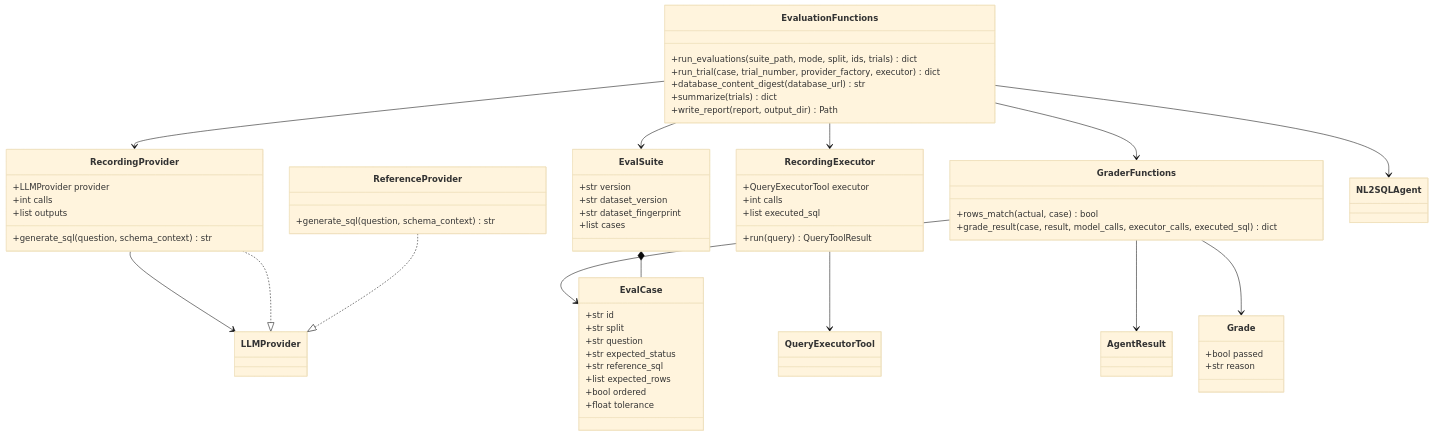
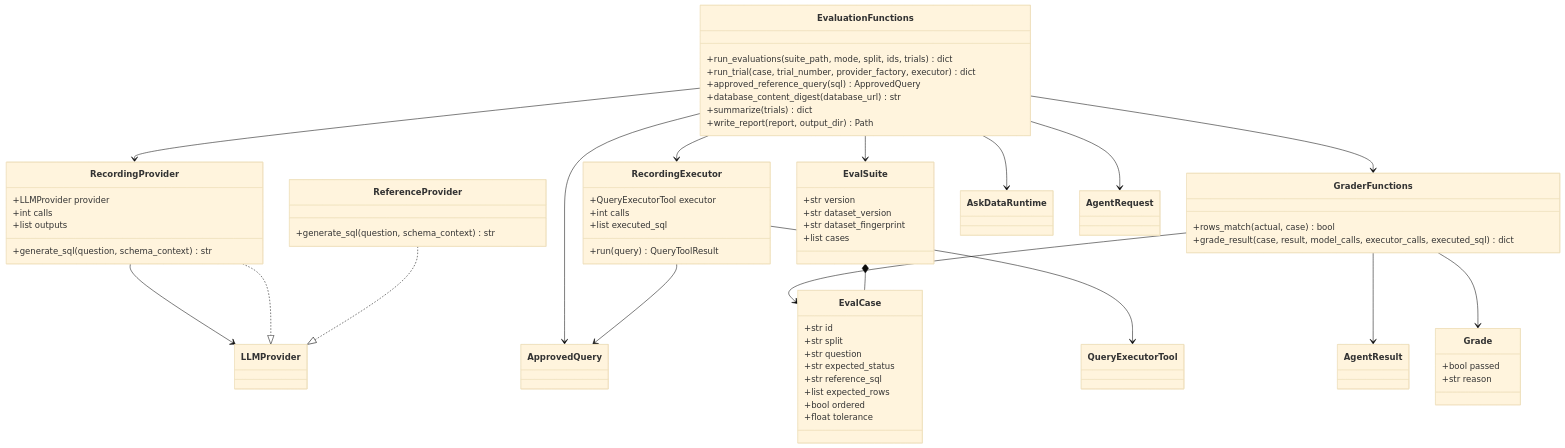
One commit to arpan-artisan/QueryForge changed the seventh of 8 diagrams in docs/architecture-diagrams.md. Above: the diagram before and after it, drawn with Mermaid (base theme). The commit also changed other lines of this file and 28 other files, not shown here.

Commit message:
Stabilize Ask Data workflow architecture

````diff
--- a/docs/architecture-diagrams.md
+++ b/docs/architecture-diagrams.md
@@ -488,62 +582,66 @@
 ```mermaid
 classDiagram
     class EvalSuite {
         +str version
         +str dataset_version
         +str dataset_fingerprint
         +list cases
     }
     class EvalCase {
         +str id
         +str split
         +str question
         +str expected_status
         +str reference_sql
         +list expected_rows
         +bool ordered
         +float tolerance
     }
     class Grade {
         +bool passed
         +str reason
     }
     class ReferenceProvider {
         +generate_sql(question, schema_context) str
     }
     class RecordingProvider {
         +LLMProvider provider
         +int calls
         +list outputs
         +generate_sql(question, schema_context) str
     }
     class RecordingExecutor {
         +QueryExecutorTool executor
         +int calls
         +list executed_sql
         +run(query) QueryToolResult
     }
     class EvaluationFunctions {
         +run_evaluations(suite_path, mode, split, ids, trials) dict
         +run_trial(case, trial_number, provider_factory, executor) dict
+        +approved_reference_query(sql) ApprovedQuery
         +database_content_digest(database_url) str
         +summarize(trials) dict
         +write_report(report, output_dir) Path
     }
     class GraderFunctions {
         +rows_match(actual, case) bool
         +grade_result(case, result, model_calls, executor_calls, executed_sql) dict
     }
     EvalSuite *-- EvalCase
     ReferenceProvider ..|> LLMProvider
     RecordingProvider ..|> LLMProvider
     RecordingProvider --> LLMProvider
+    RecordingExecutor --> ApprovedQuery
     RecordingExecutor --> QueryExecutorTool
     EvaluationFunctions --> EvalSuite
-    EvaluationFunctions --> NL2SQLAgent
+    EvaluationFunctions --> AskDataRuntime
+    EvaluationFunctions --> AgentRequest
+    EvaluationFunctions --> ApprovedQuery
     EvaluationFunctions --> RecordingProvider
     EvaluationFunctions --> RecordingExecutor
     EvaluationFunctions --> GraderFunctions
     GraderFunctions --> AgentResult
     GraderFunctions --> EvalCase
     GraderFunctions --> Grade
 ```
````
